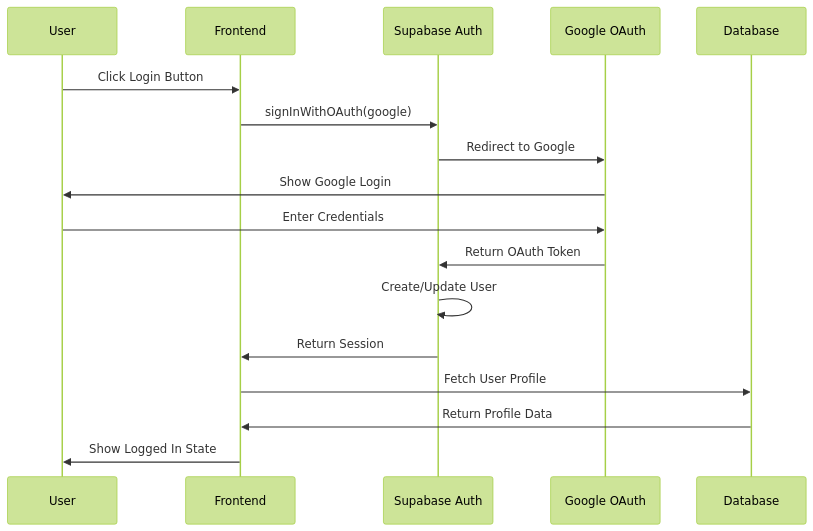
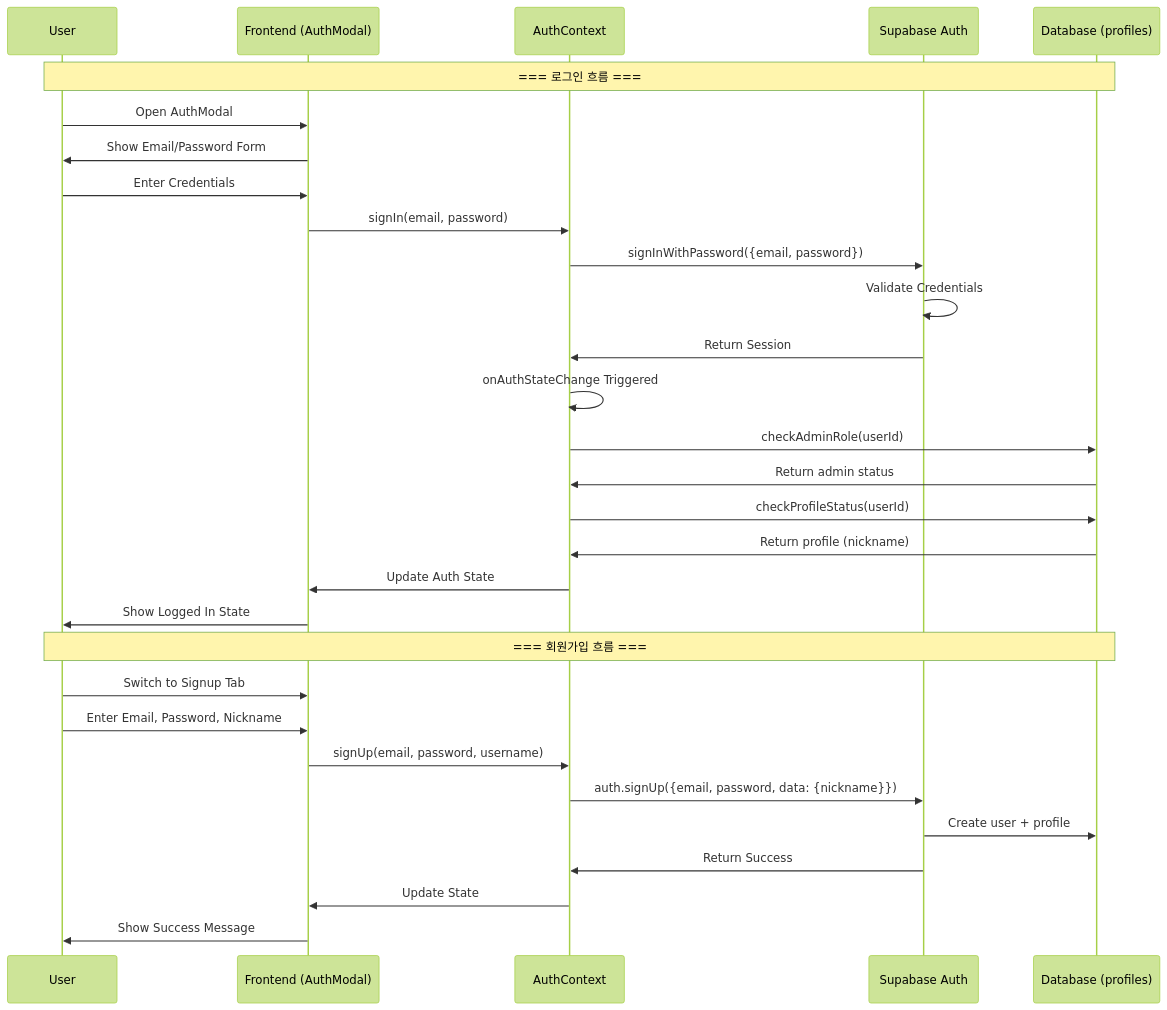
Before and after one commit to twoimo/tzudong: the diagram in .davia/assets/mermaids/auth-flow.mmd, drawn with Mermaid (forest theme). The commit also changed 5 other files, not shown here.

Commit message:
docs: Update architecture and flow diagrams to reflect authentication and submission processes

```diff
--- a/.davia/assets/mermaids/auth-flow.mmd
+++ b/.davia/assets/mermaids/auth-flow.mmd
@@ -1,18 +1,32 @@
 sequenceDiagram
     participant U as User
-    participant F as Frontend
+    participant F as Frontend (AuthModal)
+    participant A as AuthContext
     participant S as Supabase Auth
-    participant G as Google OAuth
-    participant DB as Database
+    participant DB as Database (profiles)
 
-    U->>F: Click Login Button
-    F->>S: signInWithOAuth(google)
-    S->>G: Redirect to Google
-    G->>U: Show Google Login
-    U->>G: Enter Credentials
-    G->>S: Return OAuth Token
-    S->>S: Create/Update User
-    S->>F: Return Session
-    F->>DB: Fetch User Profile
-    DB->>F: Return Profile Data
+    Note over U,DB: === 로그인 흐름 ===
+    U->>F: Open AuthModal
+    F->>U: Show Email/Password Form
+    U->>F: Enter Credentials
+    F->>A: signIn(email, password)
+    A->>S: signInWithPassword({email, password})
+    S->>S: Validate Credentials
+    S->>A: Return Session
+    A->>A: onAuthStateChange Triggered
+    A->>DB: checkAdminRole(userId)
+    DB->>A: Return admin status
+    A->>DB: checkProfileStatus(userId)
+    DB->>A: Return profile (nickname)
+    A->>F: Update Auth State
     F->>U: Show Logged In State
+
+    Note over U,DB: === 회원가입 흐름 ===
+    U->>F: Switch to Signup Tab
+    U->>F: Enter Email, Password, Nickname
+    F->>A: signUp(email, password, username)
+    A->>S: auth.signUp({email, password, data: {nickname}})
+    S->>DB: Create user + profile
+    S->>A: Return Success
+    A->>F: Update State
+    F->>U: Show Success Message
```
